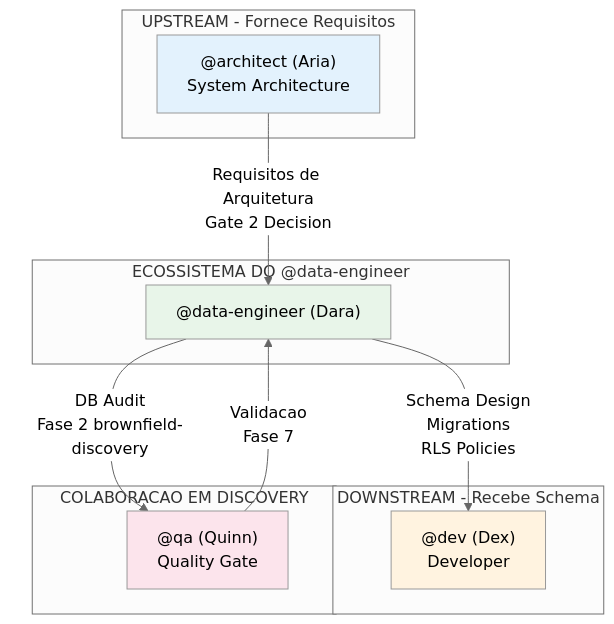
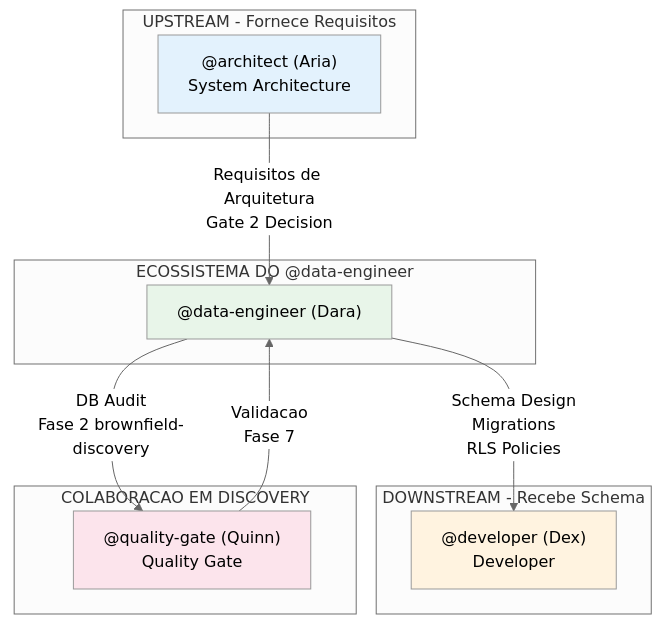
The fifth of 5 diagrams in docs/guides/agents/DATA-ENGINEER-SYSTEM.md (caioimori/sinapse-ai), drawn with Mermaid (neutral theme) before and after one commit. The commit also changed other lines of this file and 873 other files, not shown here.

````diff
--- a/docs/guides/agents/DATA-ENGINEER-SYSTEM.md
+++ b/docs/guides/agents/DATA-ENGINEER-SYSTEM.md
@@ -451,29 +451,29 @@
 ```mermaid
 flowchart TB
     subgraph DATA_ECOSYSTEM["ECOSSISTEMA DO @data-engineer"]
         DATA["@data-engineer (Dara)"]
     end
 
     subgraph UPSTREAM["UPSTREAM - Fornece Requisitos"]
         ARCH["@architect (Aria)<br/>System Architecture"]
     end
 
     subgraph DOWNSTREAM["DOWNSTREAM - Recebe Schema"]
-        DEV["@dev (Dex)<br/>Developer"]
+        DEV["@developer (Dex)<br/>Developer"]
     end
 
     subgraph COLLABORATION["COLABORACAO EM DISCOVERY"]
-        QA["@qa (Quinn)<br/>Quality Gate"]
+        QA["@quality-gate (Quinn)<br/>Quality Gate"]
     end
 
     ARCH -->|"Requisitos de Arquitetura<br/>Gate 2 Decision"| DATA
     DATA -->|"Schema Design<br/>Migrations<br/>RLS Policies"| DEV
 
     DATA -->|"DB Audit<br/>Fase 2 brownfield-discovery"| QA
     QA -->|"Validacao<br/>Fase 7"| DATA
 
     style DATA fill:#e8f5e9
     style ARCH fill:#e3f2fd
     style DEV fill:#fff3e0
     style QA fill:#fce4ec
 ```
````
